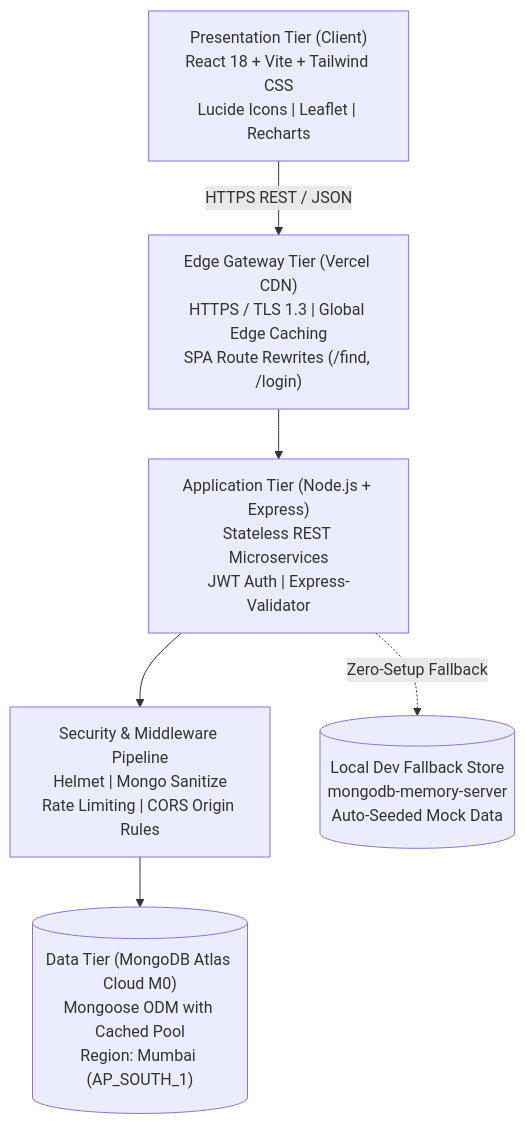
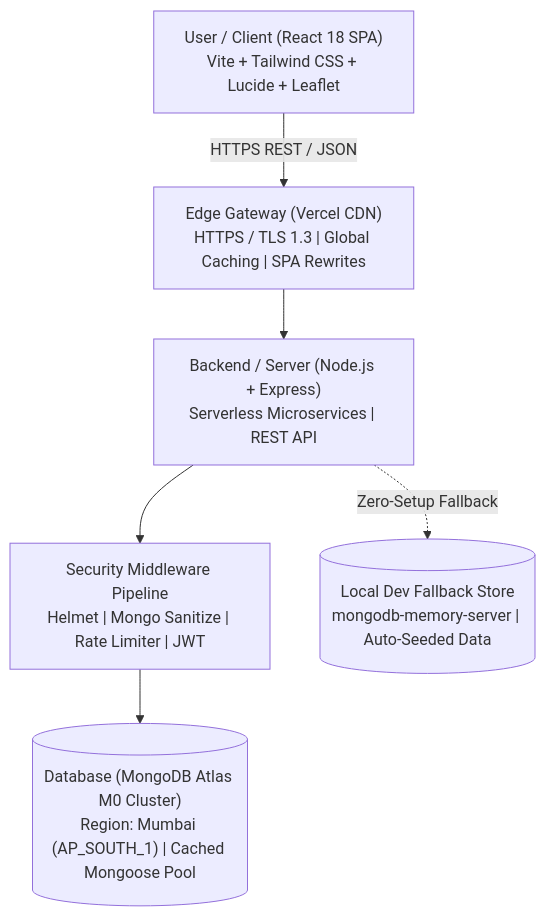
Before and after one commit to yuvanharshaj/FSD-PROJECT: the first of 2 diagrams in docs/PROJECT_REPORT.md, drawn with Mermaid. The commit also changed other lines of this file and 3 other files, not shown here.

````diff
--- a/docs/PROJECT_REPORT.md
+++ b/docs/PROJECT_REPORT.md
@@ -77,15 +105,15 @@
 ```mermaid
 graph TD
-    Client["Presentation Tier (Client)<br>React 18 + Vite + Tailwind CSS<br>Lucide Icons | Leaflet | Recharts"]
-    VercelEdge["Edge Gateway Tier (Vercel CDN)<br>HTTPS / TLS 1.3 | Global Edge Caching<br>SPA Route Rewrites (/find, /login)"]
-    Server["Application Tier (Node.js + Express)<br>Stateless REST Microservices<br>JWT Auth | Express-Validator"]
-    Security["Security & Middleware Pipeline<br>Helmet | Mongo Sanitize<br>Rate Limiting | CORS Origin Rules"]
-    DB[("Data Tier (MongoDB Atlas Cloud M0)<br>Mongoose ODM with Cached Pool<br>Region: Mumbai (AP_SOUTH_1)")]
-    MemoryDB[("Local Dev Fallback Store<br>mongodb-memory-server<br>Auto-Seeded Mock Data")]
+    Client["User / Client (React 18 SPA)<br>Vite + Tailwind CSS + Lucide + Leaflet"]
+    Edge["Edge Gateway (Vercel CDN)<br>HTTPS / TLS 1.3 | Global Caching | SPA Rewrites"]
+    Server["Backend / Server (Node.js + Express)<br>Serverless Microservices | REST API"]
+    Security["Security Middleware Pipeline<br>Helmet | Mongo Sanitize | Rate Limiter | JWT"]
+    DB[("Database (MongoDB Atlas M0 Cluster)<br>Region: Mumbai (AP_SOUTH_1) | Cached Mongoose Pool")]
+    MemoryDB[("Local Dev Fallback Store<br>mongodb-memory-server | Auto-Seeded Data")]
 
-    Client -->|HTTPS REST / JSON| VercelEdge
-    VercelEdge --> Server
+    Client -->|HTTPS REST / JSON| Edge
+    Edge --> Server
     Server --> Security
     Security --> DB
     Server -.->|Zero-Setup Fallback| MemoryDB
 ```
````
